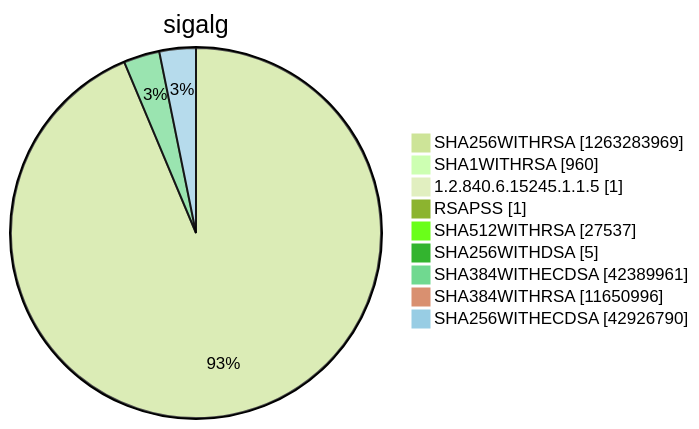
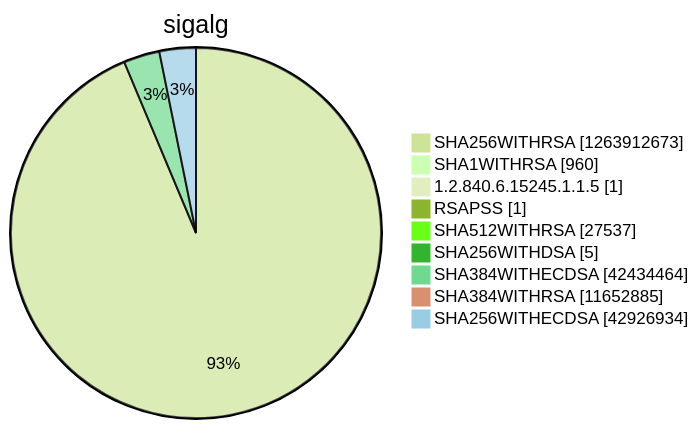
One commit to christiankrug/ctmonitor_visualization changed diagram 15 of 15 in argon2022/README.md. Above: the diagram before and after it, drawn with Mermaid (forest theme). The commit also changed other lines of this file, not shown here.

````diff
--- a/argon2022/README.md
+++ b/argon2022/README.md
@@ -5522,13 +5522,13 @@
 ```mermaid
 pie showData
 title sigalg
-"SHA256WITHRSA" :1263283969
+"SHA256WITHRSA" :1263912673
 "SHA1WITHRSA" :960
 "1.2.840.6.15245.1.1.5" :1
 "RSAPSS" :1
 "SHA512WITHRSA" :27537
 "SHA256WITHDSA" :5
-"SHA384WITHECDSA" :42389961
-"SHA384WITHRSA" :11650996
-"SHA256WITHECDSA" :42926790
+"SHA384WITHECDSA" :42434464
+"SHA384WITHRSA" :11652885
+"SHA256WITHECDSA" :42926934
 ```
````
